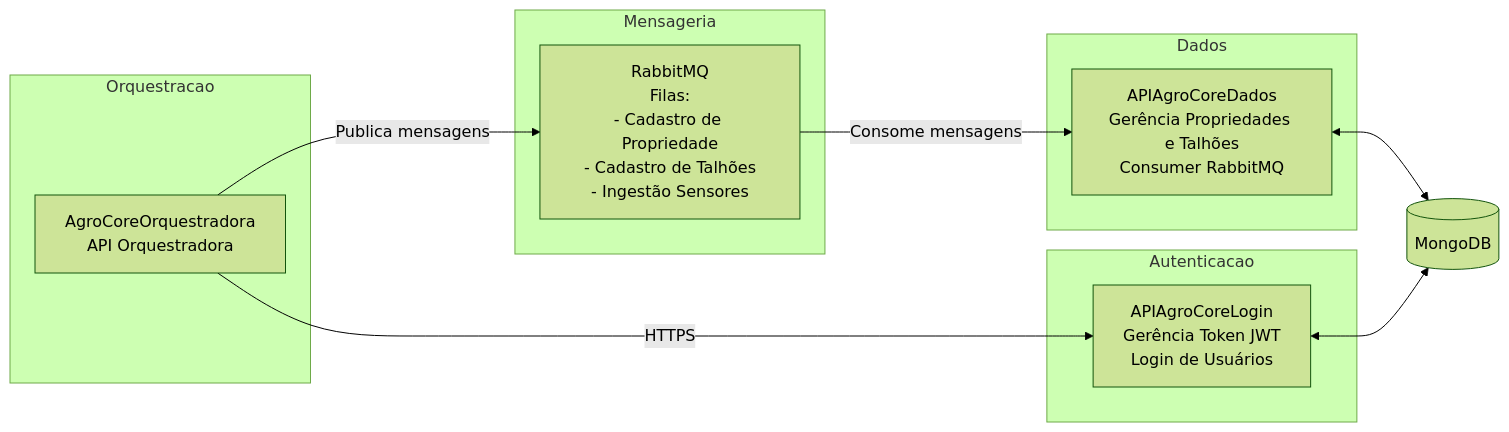
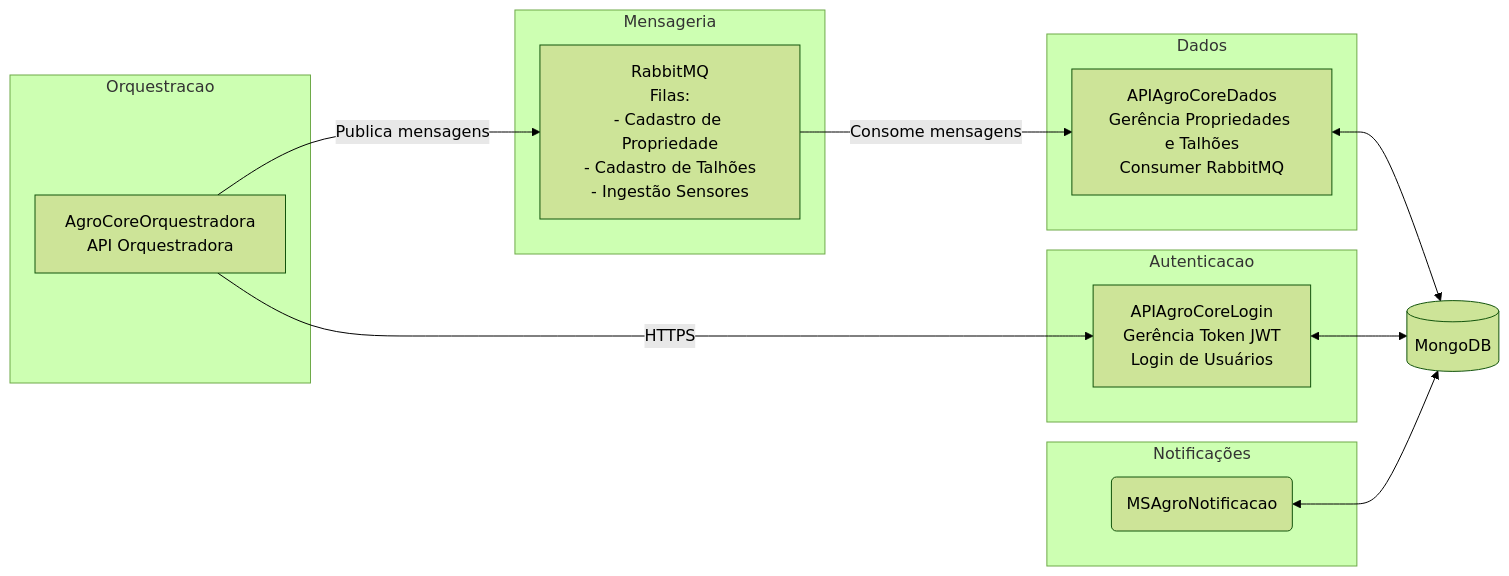
The first of 2 diagrams in README.md (Gustavo00-dev/AgroCore), drawn with Mermaid (forest theme) before and after one commit.

Commit message:
Add notifications subgraph to README
Added a new subgraph for notifications in the architecture diagram.

````diff
--- a/README.md
+++ b/README.md
@@ -6,29 +6,34 @@
 ```mermaid
 flowchart LR
 
     subgraph Orquestracao
         A["AgroCoreOrquestradora<br>API Orquestradora"]
     end
 
     subgraph Autenticacao
         B["APIAgroCoreLogin<br>Gerência Token JWT<br>Login de Usuários"]
        
     end
 
     subgraph Mensageria
         D["RabbitMQ<br>Filas:<br>- Cadastro de Propriedade<br>- Cadastro de Talhões<br>- Ingestão Sensores"]
     end
 
+    subgraph Notificações
+        F(MSAgroNotificacao)
+    end
+
     subgraph Dados
         E["APIAgroCoreDados<br>Gerência Propriedades e Talhões<br>Consumer RabbitMQ"]
     end
 
     C[(MongoDB)]
-
+    
     A -->|HTTPS| B
     A -->|Publica mensagens| D
     D -->|Consome mensagens| E
     E <--> C
     B <--> C
+    F <--> C
 
 ```
````
